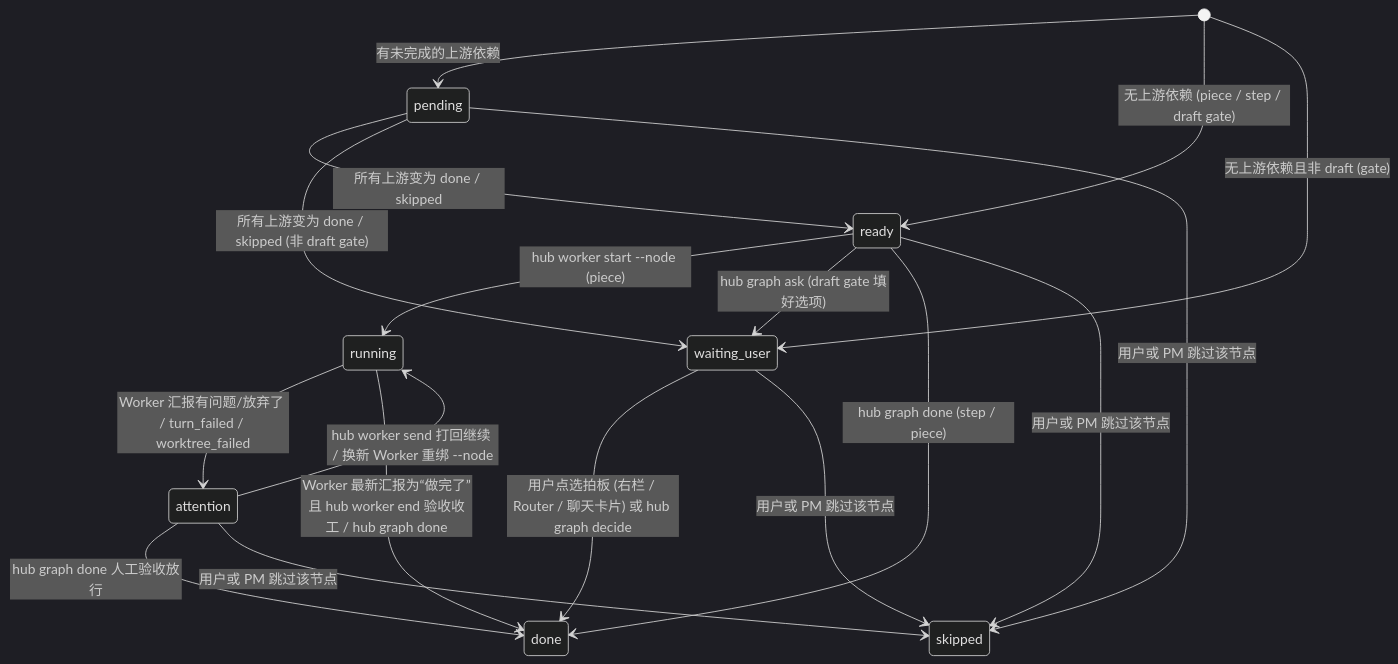
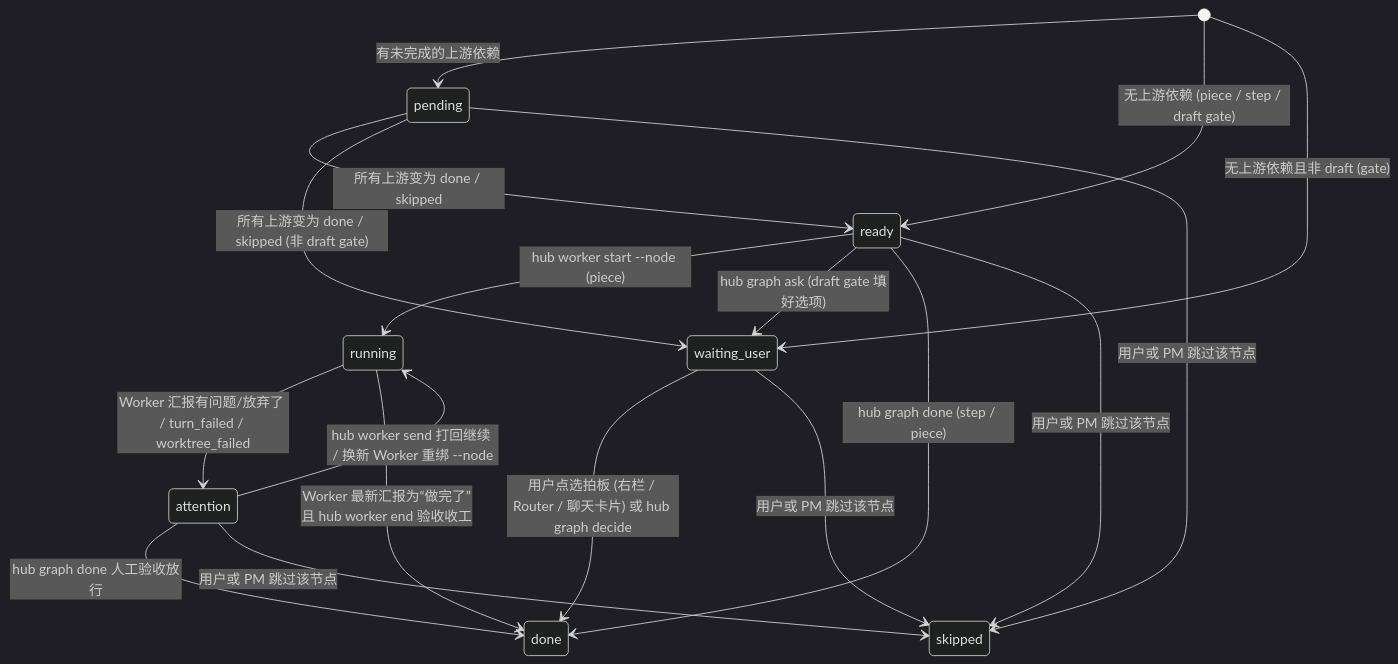
Before and after one commit to maodesikeng-boop/agent-hub: the second of 3 diagrams in docs/task-graph-design.md, drawn with Mermaid (dark theme). The commit also changed other lines of this file and 1 other file, not shown here.

Commit message:
WIP: 更新提示词快照，task-graph 设计文档同步 graph done / worker end 的行为

````diff
--- a/docs/task-graph-design.md
+++ b/docs/task-graph-design.md
@@ -87,25 +87,25 @@
 ```mermaid
 stateDiagram-v2
   [*] --> pending : 有未完成的上游依赖
   [*] --> ready : 无上游依赖 (piece / step / draft gate)
   [*] --> waiting_user : 无上游依赖且非 draft (gate)
 
   pending --> ready : 所有上游变为 done / skipped
   pending --> waiting_user : 所有上游变为 done / skipped (非 draft gate)
 
   ready --> running : hub worker start --node (piece)
   ready --> waiting_user : hub graph ask (draft gate 填好选项)
   ready --> done : hub graph done (step / piece)
 
   running --> attention : Worker 汇报有问题/放弃了 / turn_failed / worktree_failed
   attention --> running : hub worker send 打回继续 / 换新 Worker 重绑 --node
-  running --> done : Worker 最新汇报为“做完了”且 hub worker end 验收收工 / hub graph done
+  running --> done : Worker 最新汇报为“做完了”且 hub worker end 验收收工
   attention --> done : hub graph done 人工验收放行
 
   waiting_user --> done : 用户点选拍板 (右栏 / Router / 聊天卡片) 或 hub graph decide
 
   pending --> skipped : 用户或 PM 跳过该节点
   ready --> skipped : 用户或 PM 跳过该节点
   attention --> skipped : 用户或 PM 跳过该节点
   waiting_user --> skipped : 用户或 PM 跳过该节点
 ```
````
